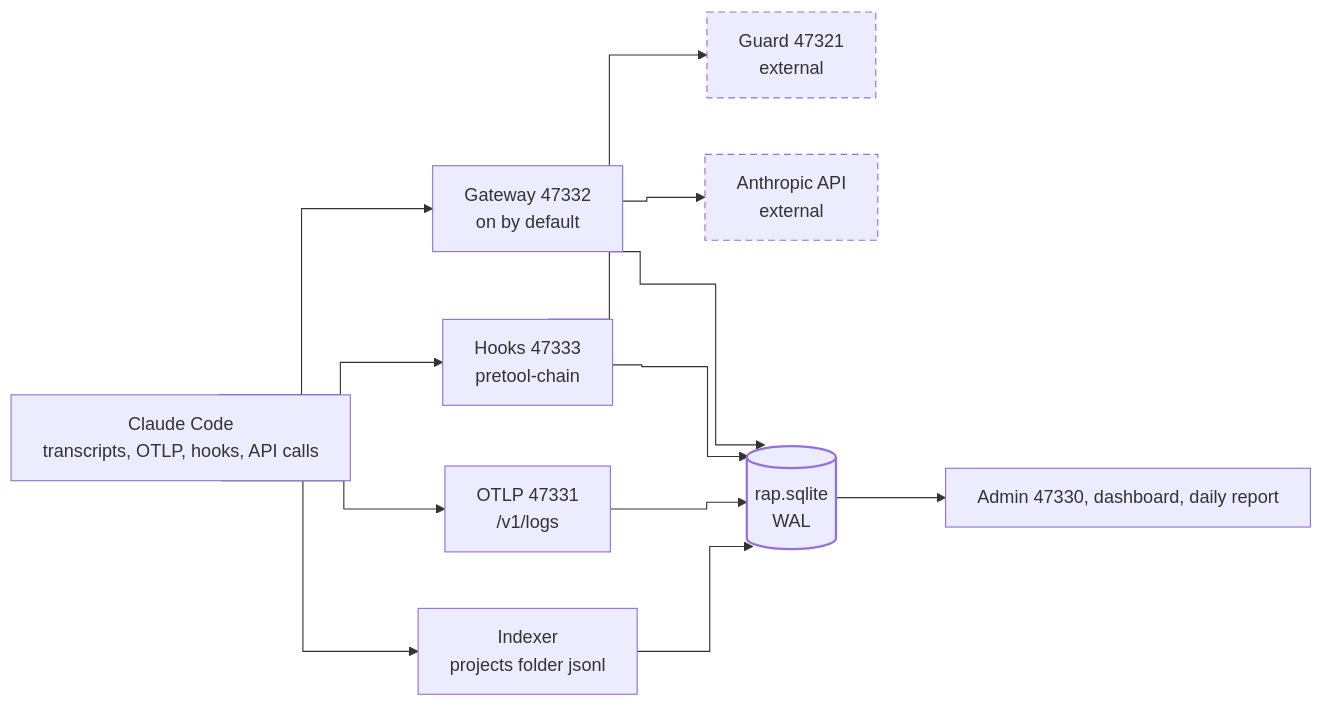
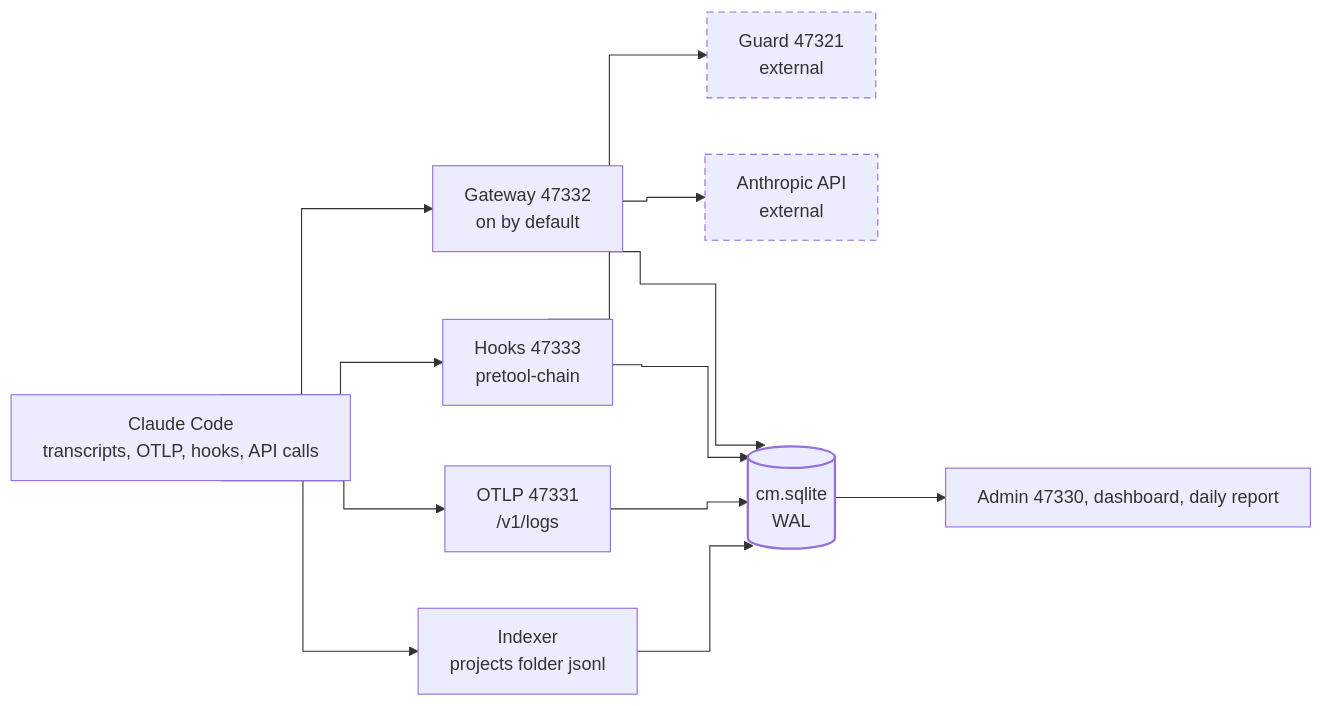
One commit to jungho-dev/claude-monitor changed the first of 2 diagrams in ARCHITECTURE.md. Above: the diagram before and after it, drawn with Mermaid. The commit also changed other lines of this file and 82 other files, not shown here.

````diff
--- a/ARCHITECTURE.md
+++ b/ARCHITECTURE.md
@@ -154,38 +154,38 @@
 ```mermaid
 ---
 config:
   fontFamily: "Malgun Gothic, Arial, sans-serif"
   themeCSS: "* { font-family: Malgun Gothic, Arial, sans-serif !important; }"
   flowchart:
     curve: step
     nodeSpacing: 50
     rankSpacing: 60
     padding: 14
     wrappingWidth: 300
 ---
 flowchart LR
     CC["Claude Code<br/>transcripts, OTLP, hooks, API calls"]
     IDX["Indexer<br/>projects folder jsonl"]
     OT["OTLP 47331<br/>/v1/logs"]
     HK["Hooks 47333<br/>pretool-chain"]
     GW["Gateway 47332<br/>on by default"]
     GD["Guard 47321<br/>external"]
     API["Anthropic API<br/>external"]
-    DB[("rap.sqlite<br/>WAL")]
+    DB[("cm.sqlite<br/>WAL")]
     OUT["Admin 47330, dashboard, daily report"]
     CC --> IDX
     CC --> OT
     CC --> HK
     CC --> GW
     HK --> GD
     GW --> API
     IDX --> DB
     OT --> DB
     HK --> DB
     GW --> DB
     DB --> OUT
     classDef key stroke-width:2px
     classDef ext stroke-dasharray:6 4
     class GD,API ext
     class DB key
 ```
````
